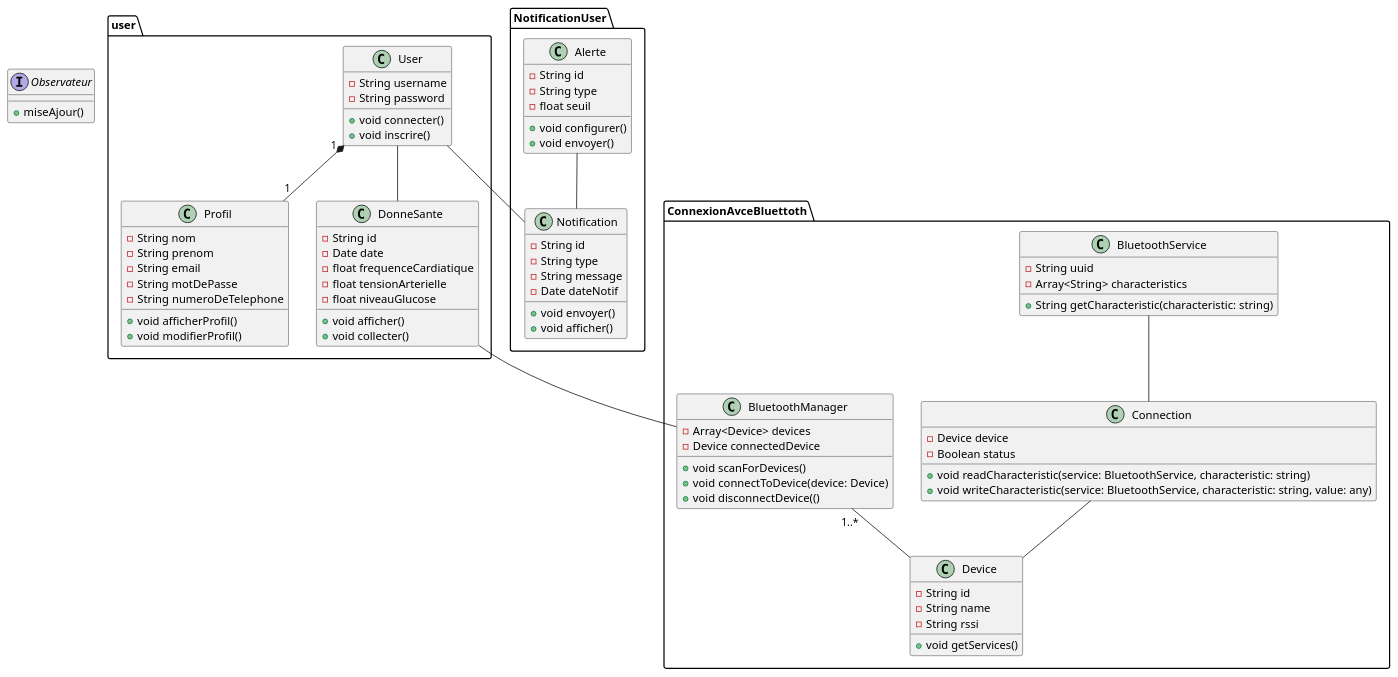
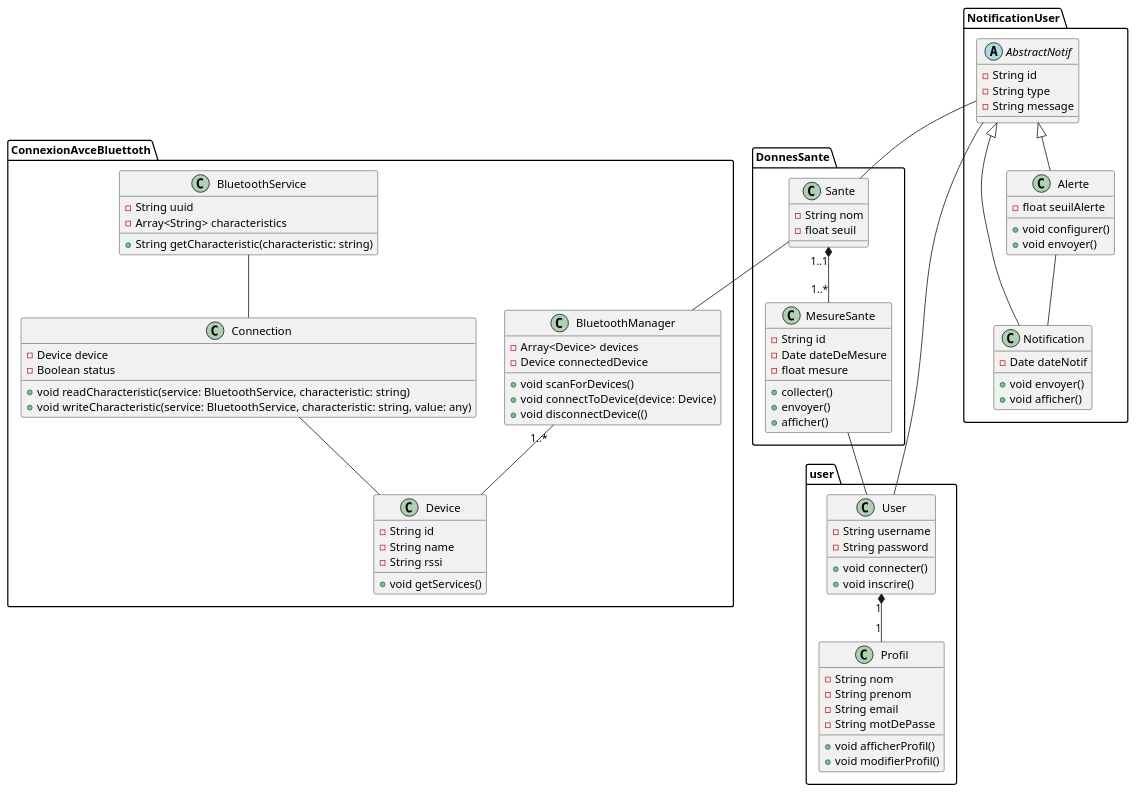
One commit to mohameml/stageAI changed the diagram in docs/conception/conception.puml. Above: the diagram before and after it, drawn with PlantUML. The commit also changed 1 other file, not shown here.

```diff
--- a/docs/conception/conception.puml
+++ b/docs/conception/conception.puml
@@ -1,146 +1,179 @@
 @startuml conception
 
 
 package user {
 
     class User {
         - String username 
         - String password 
         + void connecter()
         + void inscrire()
     }
 
     class Profil {
         - String nom 
         - String prenom 
         - String email 
         - String motDePasse
-        - String numeroDeTelephone
         + void afficherProfil()
         + void modifierProfil()
 
     }
 
 
-    class DonneSante {
-        - String id 
-        - Date date 
-        - float frequenceCardiatique
-        - float tensionArterielle
-        - float niveauGlucose 
-        + void afficher()
-        + void collecter() 
-    }
+    ' class DonneSante {
+    '     - String id 
+    '     - Date date 
+    '     - float frequenceCardiatique
+    '     - float seuilFrequenceCardiatique
+    '     - float tensionArterielle
+    '     - float seuilTensionArterielle
+    '     - float niveauGlucose 
+    '     - float seuiNiveau
+    '     + void afficher()
+    '     + void collecter() 
+    ' }
 
 
-    User -- DonneSante
+
 
 
 }
 
+package DonnesSante {
 
+    class Sante {
+        - String nom 
+        - float seuil 
 
-interface Observateur {
-    + miseAjour()
+    }
+
+    class MesureSante {
+        - String id 
+        - Date dateDeMesure 
+        - float mesure
+        + collecter()
+        + envoyer()
+        + afficher()
+        
+    }
+
+    Sante "1..1" *-- "1..*" MesureSante
+
 }
 
+MesureSante -- User
 
 ' package pageDePresentation {
 '     class Header {
 '         - String title 
 '         - Image logo 
         
 
 '     }
 
 '     class Navigation {
 '         - Button explore
 '         - Button login 
 '         - Button signUp
 '     }
 
 '     class Section {
 '         - Image imageSection
 '         - String descriptionGras 
 '         - String description
 '         - Button tryIt 
 '     }
 
 '     Header "1" *-- "1" Navigation 
 ' }
 
 
 package NotificationUser {
 
-    class Notification {
+
+    abstract class AbstractNotif {
+
         - String id 
         - String type 
         - String message 
+    }
+
+    class Notification {
         - Date dateNotif
         + void envoyer()
         + void afficher()
     }
 
     class Alerte {
-        - String id 
-        - String type 
-        - float seuil 
+        
+        - float seuilAlerte 
         + void configurer()
         + void envoyer()
     }
 
+    AbstractNotif <|-- Alerte
+    AbstractNotif <|-- Notification
+
+
+
 }
+
+
+
 
 
 package ConnexionAvceBluettoth {
 
     class BluetoothManager  {
         - Array<Device> devices
         - Device connectedDevice
         +  void scanForDevices()
         + void connectToDevice(device: Device)
         + void disconnectDevice(()
     }
 
     class Device {
         - String id 
         - String name 
         - String rssi 
         + void getServices()
     }
 
     class Connection {
         - Device device
         - Boolean status
         + void readCharacteristic(service: BluetoothService, characteristic: string)
         + void writeCharacteristic(service: BluetoothService, characteristic: string, value: any)
 
     }
 
     class BluetoothService {
         - String uuid
         - Array<String> characteristics
         + String getCharacteristic(characteristic: string)
     }
 
     BluetoothManager "1..*" -- Device
     Connection  -- Device
     BluetoothService -- Connection
 
 }
 
 
 
 
 
 
 
 
 User "1" *-- "1" Profil
-DonneSante -- BluetoothManager
-User -- Notification
+Sante -- BluetoothManager
 Alerte -- Notification
+
+AbstractNotif -- Sante
+AbstractNotif -- User
 
 
 
 @enduml
```
